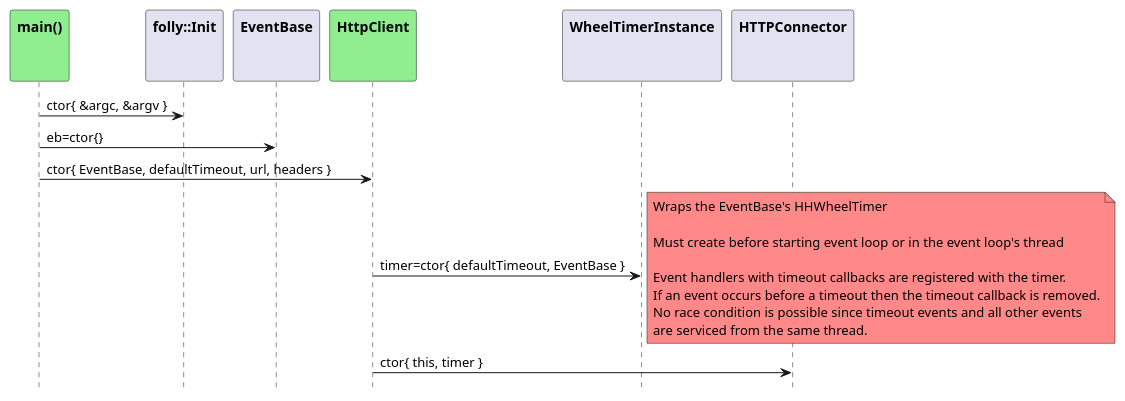
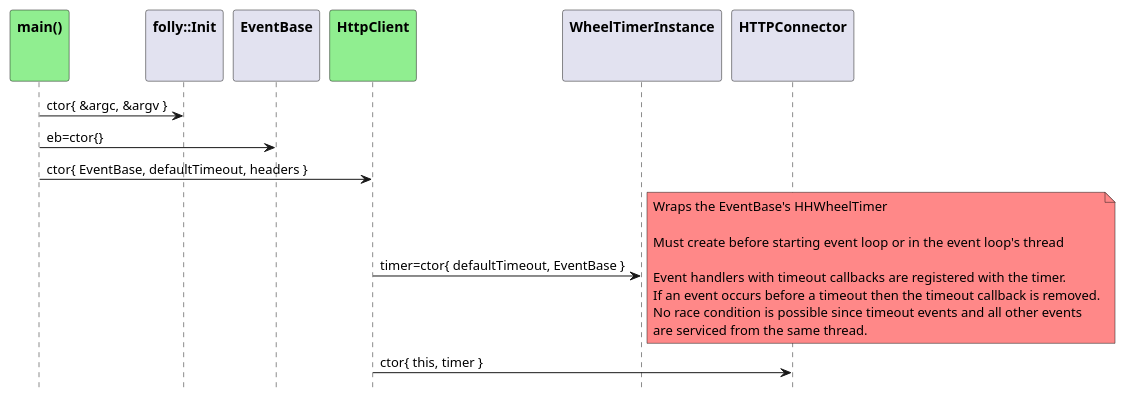
One commit to patrickhallinan/hello-proxygen changed the first of 4 diagrams in doc/http-client.adoc. Above: the diagram before and after it, drawn with PlantUML. The commit also changed other lines of this file and 20 other files, not shown here.

```diff
--- a/doc/http-client.adoc
+++ b/doc/http-client.adoc
@@ -73,31 +53,31 @@
 [plantuml, "http-client-create-seq.puml", svg]
 ----
 hide footbox
 
 participant "**main()**\n\n" as main  #LightGreen
 participant "**folly::Init**\n\n" as Init
 participant "**EventBase**\n\n" as EventBase
 participant "**HttpClient**\n\n" as HttpClient  #LightGreen
 participant "**WheelTimerInstance**\n\n" as WheelTimerInstance
 participant "**HTTPConnector**\n\n" as HTTPConnector
 
 
 main -> Init : ctor{ &argc, &argv }
 main -> EventBase : eb=ctor{}
 
-main -> HttpClient : ctor{ EventBase, defaultTimeout, url, headers }
+main -> HttpClient : ctor{ EventBase, defaultTimeout, headers }
 
 HttpClient -> WheelTimerInstance : timer=ctor{ defaultTimeout, EventBase }
 note right #ff8888
     Wraps the EventBase's HHWheelTimer
 
     Must create before starting event loop or in the event loop's thread
    
     Event handlers with timeout callbacks are registered with the timer.
     If an event occurs before a timeout then the timeout callback is removed.
     No race condition is possible since timeout events and all other events
     are serviced from the same thread.
 end note
 
 HttpClient -> HTTPConnector : ctor{ this, timer }
 ----
```
